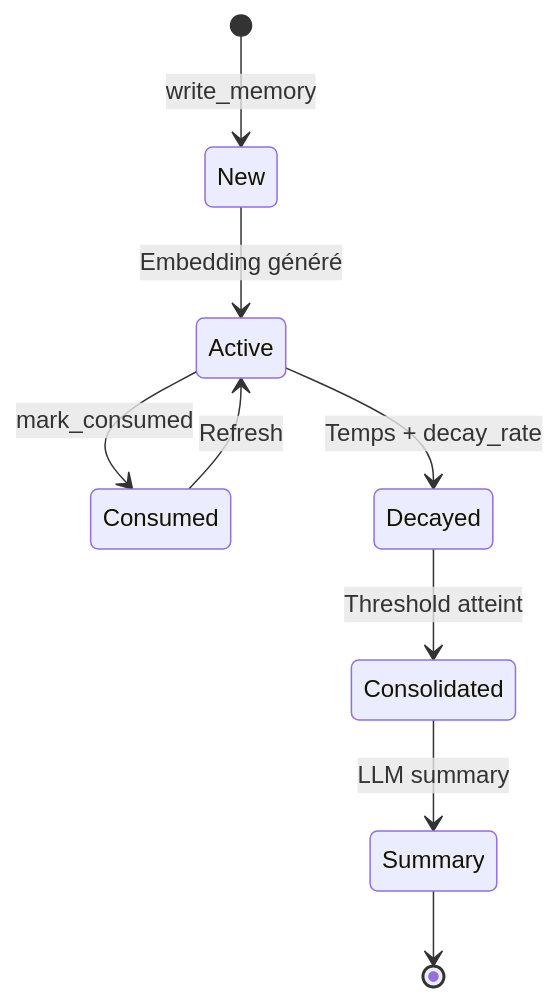
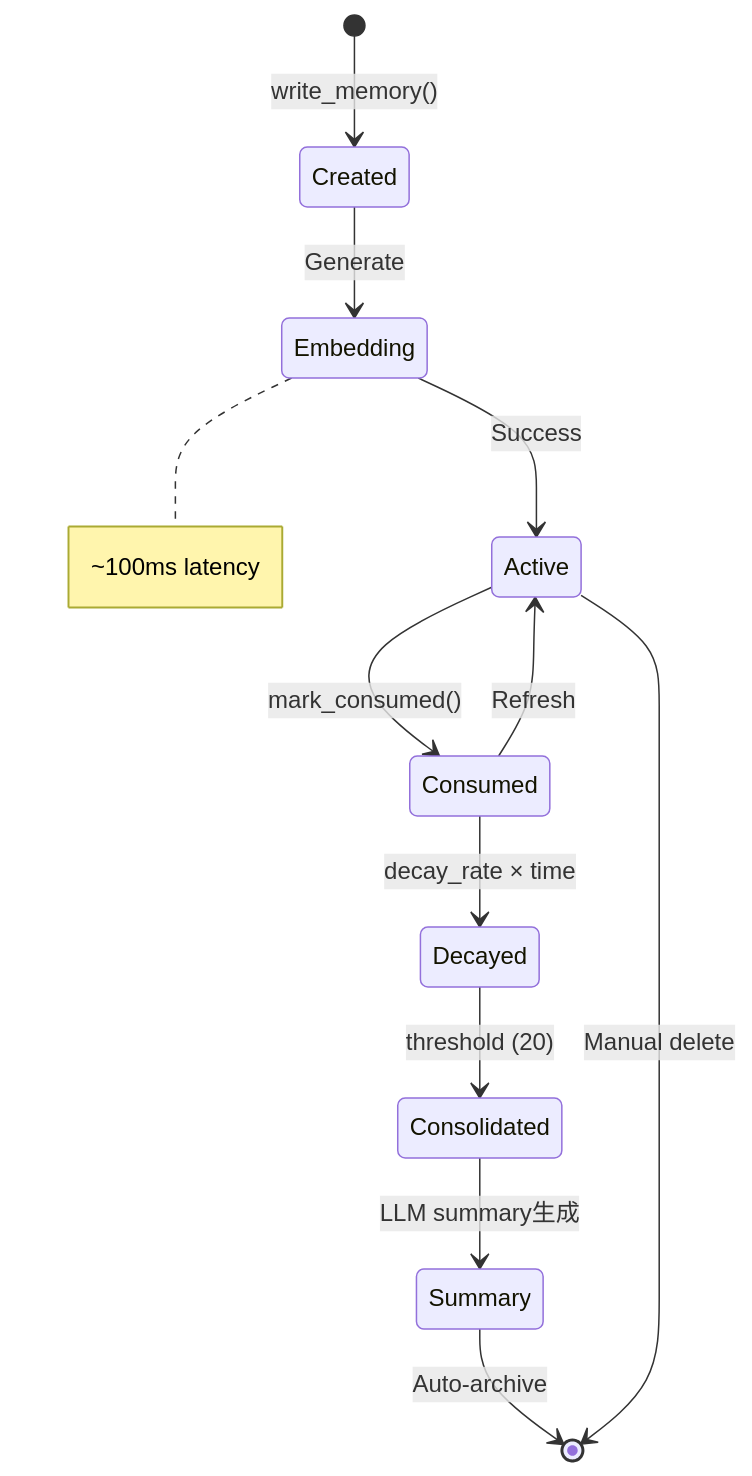
Before and after one commit to giak/mnemo-lite: the fifth of 12 diagrams in docs/ARCHITECTURE.md, drawn with Mermaid. The commit also changed other lines of this file, not shown here.

Commit message:
docs: enhance ARCHITECTURE.md with professional Mermaid diagrams

````diff
--- a/docs/ARCHITECTURE.md
+++ b/docs/ARCHITECTURE.md
@@ -323,11 +278,19 @@
 ```mermaid
 stateDiagram-v2
-    [*] --> New: write_memory
-    New --> Active: Embedding généré
-    Active --> Consumed: mark_consumed
+    [*] --> Created: write_memory()
+
+    Created --> Embedding: Generate
+    note right of Embedding: ~100ms latency
+
+    Embedding --> Active: Success
+    Active --> Consumed: mark_consumed()
+
     Consumed --> Active: Refresh
-    Active --> Decayed: Temps + decay_rate
-    Decayed --> Consolidated: Threshold atteint
-    Consolidated --> Summary: LLM summary
-    Summary --> [*]
+    Consumed --> Decayed: decay_rate × time
+
+    Decayed --> Consolidated: threshold (20)
+    Consolidated --> Summary: LLM summary生成
+
+    Summary --> [*]: Auto-archive
+    Active --> [*]: Manual delete
 ```
````
